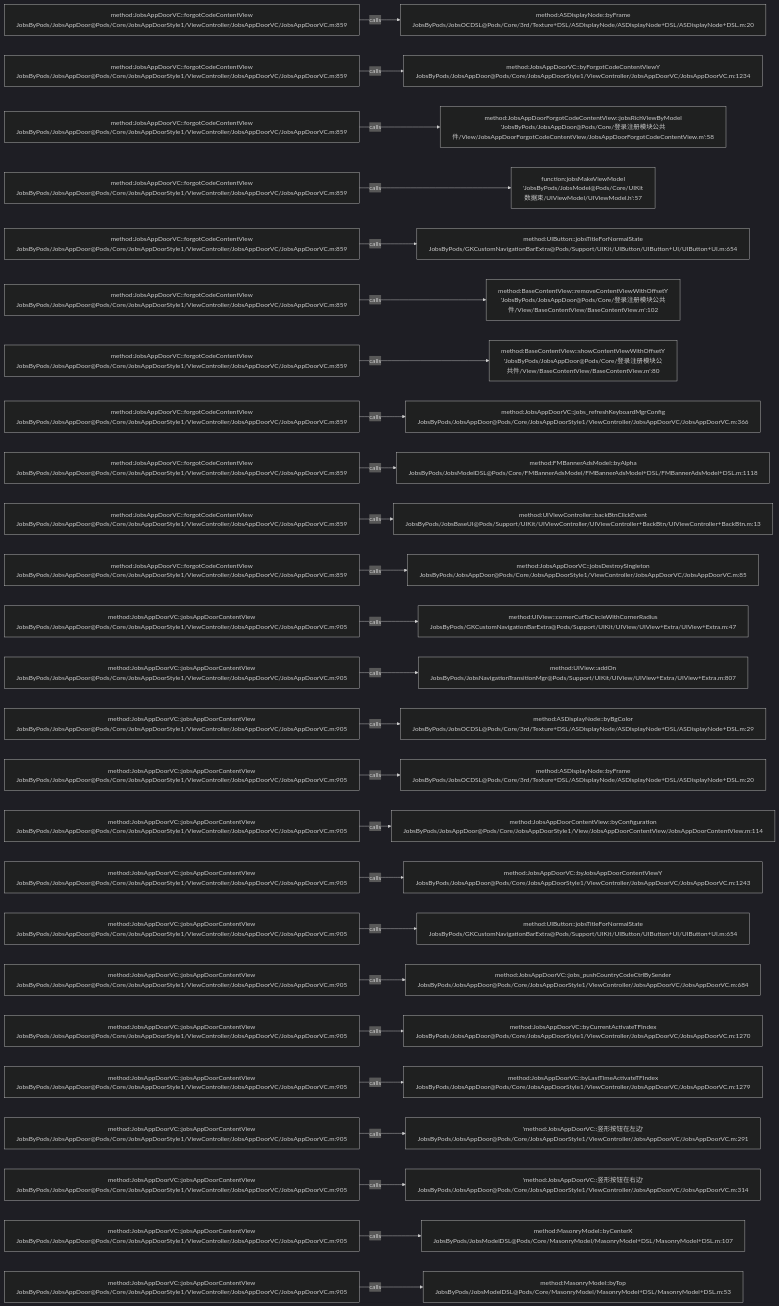
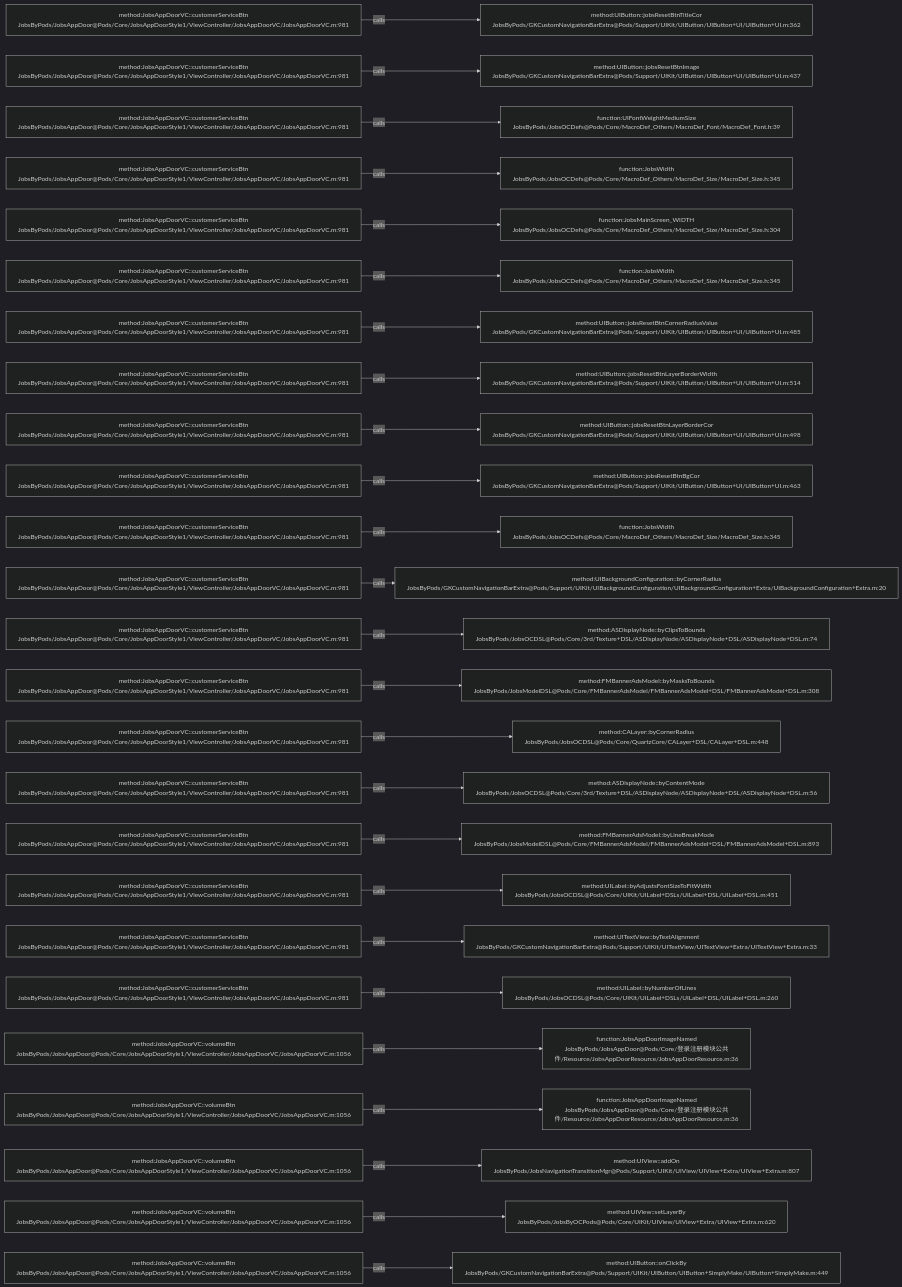
Before and after one commit to JobsKits/JobsOCBaseConfigDemo: the diagram in .codegraph/codegraph.md/graphs/calls-114.md, drawn with Mermaid (dark theme). The commit also changed 223 other files, not shown here.

````diff
--- a/.codegraph/codegraph.md/graphs/calls-114.md
+++ b/.codegraph/codegraph.md/graphs/calls-114.md
@@ -13,78 +13,78 @@
 ```mermaid
 flowchart LR
-  S1["method:JobsAppDoorVC::forgotCodeContentView<br/>JobsByPods/JobsAppDoor@Pods/Core/JobsAppDoorStyle1/ViewController/JobsAppDoorVC/JobsAppDoorVC.m:859"]
-  T1["method:ASDisplayNode::byFrame<br/>JobsByPods/JobsOCDSL@Pods/Core/3rd/Texture+DSL/ASDisplayNode/ASDisplayNode+DSL/ASDisplayNode+DSL.m:20"]
+  S1["method:JobsAppDoorVC::customerServiceBtn<br/>JobsByPods/JobsAppDoor@Pods/Core/JobsAppDoorStyle1/ViewController/JobsAppDoorVC/JobsAppDoorVC.m:981"]
+  T1["method:UIButton::jobsResetBtnTitleCor<br/>JobsByPods/GKCustomNavigationBarExtra@Pods/Support/UIKit/UIButton/UIButton+UI/UIButton+UI.m:362"]
   S1 -->|calls| T1
-  S2["method:JobsAppDoorVC::forgotCodeContentView<br/>JobsByPods/JobsAppDoor@Pods/Core/JobsAppDoorStyle1/ViewController/JobsAppDoorVC/JobsAppDoorVC.m:859"]
-  T2["method:JobsAppDoorVC::byForgotCodeContentViewY<br/>JobsByPods/JobsAppDoor@Pods/Core/JobsAppDoorStyle1/ViewController/JobsAppDoorVC/JobsAppDoorVC.m:1234"]
+  S2["method:JobsAppDoorVC::customerServiceBtn<br/>JobsByPods/JobsAppDoor@Pods/Core/JobsAppDoorStyle1/ViewController/JobsAppDoorVC/JobsAppDoorVC.m:981"]
+  T2["method:UIButton::jobsResetBtnImage<br/>JobsByPods/GKCustomNavigationBarExtra@Pods/Support/UIKit/UIButton/UIButton+UI/UIButton+UI.m:437"]
   S2 -->|calls| T2
-  S3["method:JobsAppDoorVC::forgotCodeContentView<br/>JobsByPods/JobsAppDoor@Pods/Core/JobsAppDoorStyle1/ViewController/JobsAppDoorVC/JobsAppDoorVC.m:859"]
-  T3["method:JobsAppDoorForgotCodeContentView::jobsRichViewByModel<br/>'JobsByPods/JobsAppDoor@Pods/Core/登录注册模块公共件/View/JobsAppDoorForgotCodeContentView/JobsAppDoorForgotCodeContentView.m':58"]
+  S3["method:JobsAppDoorVC::customerServiceBtn<br/>JobsByPods/JobsAppDoor@Pods/Core/JobsAppDoorStyle1/ViewController/JobsAppDoorVC/JobsAppDoorVC.m:981"]
+  T3["function:UIFontWeightMediumSize<br/>JobsByPods/JobsOCDefs@Pods/Core/MacroDef_Others/MacroDef_Font/MacroDef_Font.h:39"]
   S3 -->|calls| T3
-  S4["method:JobsAppDoorVC::forgotCodeContentView<br/>JobsByPods/JobsAppDoor@Pods/Core/JobsAppDoorStyle1/ViewController/JobsAppDoorVC/JobsAppDoorVC.m:859"]
-  T4["function:jobsMakeViewModel<br/>'JobsByPods/JobsModel@Pods/Core/UIKit数据束/UIViewModel/UIViewModel.h':57"]
+  S4["method:JobsAppDoorVC::customerServiceBtn<br/>JobsByPods/JobsAppDoor@Pods/Core/JobsAppDoorStyle1/ViewController/JobsAppDoorVC/JobsAppDoorVC.m:981"]
+  T4["function:JobsWidth<br/>JobsByPods/JobsOCDefs@Pods/Core/MacroDef_Others/MacroDef_Size/MacroDef_Size.h:345"]
   S4 -->|calls| T4
-  S5["method:JobsAppDoorVC::forgotCodeContentView<br/>JobsByPods/JobsAppDoor@Pods/Core/JobsAppDoorStyle1/ViewController/JobsAppDoorVC/JobsAppDoorVC.m:859"]
-  T5["method:UIButton::jobsTitleForNormalState<br/>JobsByPods/GKCustomNavigationBarExtra@Pods/Support/UIKit/UIButton/UIButton+UI/UIButton+UI.m:654"]
+  S5["method:JobsAppDoorVC::customerServiceBtn<br/>JobsByPods/JobsAppDoor@Pods/Core/JobsAppDoorStyle1/ViewController/JobsAppDoorVC/JobsAppDoorVC.m:981"]
+  T5["function:JobsMainScreen_WIDTH<br/>JobsByPods/JobsOCDefs@Pods/Core/MacroDef_Others/MacroDef_Size/MacroDef_Size.h:304"]
   S5 -->|calls| T5
-  S6["method:JobsAppDoorVC::forgotCodeContentView<br/>JobsByPods/JobsAppDoor@Pods/Core/JobsAppDoorStyle1/ViewController/JobsAppDoorVC/JobsAppDoorVC.m:859"]
-  T6["method:BaseContentView::removeContentViewWithOffsetY<br/>'JobsByPods/JobsAppDoor@Pods/Core/登录注册模块公共件/View/BaseContentView/BaseContentView.m':102"]
+  S6["method:JobsAppDoorVC::customerServiceBtn<br/>JobsByPods/JobsAppDoor@Pods/Core/JobsAppDoorStyle1/ViewController/JobsAppDoorVC/JobsAppDoorVC.m:981"]
+  T6["function:JobsWidth<br/>JobsByPods/JobsOCDefs@Pods/Core/MacroDef_Others/MacroDef_Size/MacroDef_Size.h:345"]
   S6 -->|calls| T6
-  S7["method:JobsAppDoorVC::forgotCodeContentView<br/>JobsByPods/JobsAppDoor@Pods/Core/JobsAppDoorStyle1/ViewController/JobsAppDoorVC/JobsAppDoorVC.m:859"]
-  T7["method:BaseContentView::showContentViewWithOffsetY<br/>'JobsByPods/JobsAppDoor@Pods/Core/登录注册模块公共件/View/BaseContentView/BaseContentView.m':80"]
+  S7["method:JobsAppDoorVC::customerServiceBtn<br/>JobsByPods/JobsAppDoor@Pods/Core/JobsAppDoorStyle1/ViewController/JobsAppDoorVC/JobsAppDoorVC.m:981"]
+  T7["method:UIButton::jobsResetBtnCornerRadiusValue<br/>JobsByPods/GKCustomNavigationBarExtra@Pods/Support/UIKit/UIButton/UIButton+UI/UIButton+UI.m:485"]
   S7 -->|calls| T7
-  S8["method:JobsAppDoorVC::forgotCodeContentView<br/>JobsByPods/JobsAppDoor@Pods/Core/JobsAppDoorStyle1/ViewController/JobsAppDoorVC/JobsAppDoorVC.m:859"]
-  T8["method:JobsAppDoorVC::jobs_refreshKeyboardMgrConfig<br/>JobsByPods/JobsAppDoor@Pods/Core/JobsAppDoorStyle1/ViewController/JobsAppDoorVC/JobsAppDoorVC.m:366"]
+  S8["method:JobsAppDoorVC::customerServiceBtn<br/>JobsByPods/JobsAppDoor@Pods/Core/JobsAppDoorStyle1/ViewController/JobsAppDoorVC/JobsAppDoorVC.m:981"]
+  T8["method:UIButton::jobsResetBtnLayerBorderWidth<br/>JobsByPods/GKCustomNavigationBarExtra@Pods/Support/UIKit/UIButton/UIButton+UI/UIButton+UI.m:514"]
   S8 -->|calls| T8
-  S9["method:JobsAppDoorVC::forgotCodeContentView<br/>JobsByPods/JobsAppDoor@Pods/Core/JobsAppDoorStyle1/ViewController/JobsAppDoorVC/JobsAppDoorVC.m:859"]
-  T9["method:FMBannerAdsModel::byAlpha<br/>JobsByPods/JobsModelDSL@Pods/Core/FMBannerAdsModel/FMBannerAdsModel+DSL/FMBannerAdsModel+DSL.m:1118"]
+  S9["method:JobsAppDoorVC::customerServiceBtn<br/>JobsByPods/JobsAppDoor@Pods/Core/JobsAppDoorStyle1/ViewController/JobsAppDoorVC/JobsAppDoorVC.m:981"]
+  T9["method:UIButton::jobsResetBtnLayerBorderCor<br/>JobsByPods/GKCustomNavigationBarExtra@Pods/Support/UIKit/UIButton/UIButton+UI/UIButton+UI.m:498"]
   S9 -->|calls| T9
-  S10["method:JobsAppDoorVC::forgotCodeContentView<br/>JobsByPods/JobsAppDoor@Pods/Core/JobsAppDoorStyle1/ViewController/JobsAppDoorVC/JobsAppDoorVC.m:859"]
-  T10["method:UIViewController::backBtnClickEvent<br/>JobsByPods/JobsBaseUI@Pods/Support/UIKit/UIViewController/UIViewController+BackBtn/UIViewController+BackBtn.m:13"]
+  S10["method:JobsAppDoorVC::customerServiceBtn<br/>JobsByPods/JobsAppDoor@Pods/Core/JobsAppDoorStyle1/ViewController/JobsAppDoorVC/JobsAppDoorVC.m:981"]
+  T10["method:UIButton::jobsResetBtnBgCor<br/>JobsByPods/GKCustomNavigationBarExtra@Pods/Support/UIKit/UIButton/UIButton+UI/UIButton+UI.m:463"]
   S10 -->|calls| T10
-  S11["method:JobsAppDoorVC::forgotCodeContentView<br/>JobsByPods/JobsAppDoor@Pods/Core/JobsAppDoorStyle1/ViewController/JobsAppDoorVC/JobsAppDoorVC.m:859"]
-  T11["method:JobsAppDoorVC::jobsDestroySingleton<br/>JobsByPods/JobsAppDoor@Pods/Core/JobsAppDoorStyle1/ViewController/JobsAppDoorVC/JobsAppDoorVC.m:85"]
+  S11["method:JobsAppDoorVC::customerServiceBtn<br/>JobsByPods/JobsAppDoor@Pods/Core/JobsAppDoorStyle1/ViewController/JobsAppDoorVC/JobsAppDoorVC.m:981"]
+  T11["function:JobsWidth<br/>JobsByPods/JobsOCDefs@Pods/Core/MacroDef_Others/MacroDef_Size/MacroDef_Size.h:345"]
   S11 -->|calls| T11
-  S12["method:JobsAppDoorVC::jobsAppDoorContentView<br/>JobsByPods/JobsAppDoor@Pods/Core/JobsAppDoorStyle1/ViewController/JobsAppDoorVC/JobsAppDoorVC.m:905"]
-  T12["method:UIView::cornerCutToCircleWithCornerRadius<br/>JobsByPods/GKCustomNavigationBarExtra@Pods/Support/UIKit/UIView/UIView+Extra/UIView+Extra.m:47"]
+  S12["method:JobsAppDoorVC::customerServiceBtn<br/>JobsByPods/JobsAppDoor@Pods/Core/JobsAppDoorStyle1/ViewController/JobsAppDoorVC/JobsAppDoorVC.m:981"]
+  T12["method:UIBackgroundConfiguration::byCornerRadius<br/>JobsByPods/GKCustomNavigationBarExtra@Pods/Support/UIKit/UIBackgroundConfiguration/UIBackgroundConfiguration+Extra/UIBackgroundConfiguration+Extra.m:20"]
   S12 -->|calls| T12
-  S13["method:JobsAppDoorVC::jobsAppDoorContentView<br/>JobsByPods/JobsAppDoor@Pods/Core/JobsAppDoorStyle1/ViewController/JobsAppDoorVC/JobsAppDoorVC.m:905"]
-  T13["method:UIView::addOn<br/>JobsByPods/JobsNavigationTransitionMgr@Pods/Support/UIKit/UIView/UIView+Extra/UIView+Extra.m:807"]
+  S13["method:JobsAppDoorVC::customerServiceBtn<br/>JobsByPods/JobsAppDoor@Pods/Core/JobsAppDoorStyle1/ViewController/JobsAppDoorVC/JobsAppDoorVC.m:981"]
+  T13["method:ASDisplayNode::byClipsToBounds<br/>JobsByPods/JobsOCDSL@Pods/Core/3rd/Texture+DSL/ASDisplayNode/ASDisplayNode+DSL/ASDisplayNode+DSL.m:74"]
   S13 -->|calls| T13
-  S14["method:JobsAppDoorVC::jobsAppDoorContentView<br/>JobsByPods/JobsAppDoor@Pods/Core/JobsAppDoorStyle1/ViewController/JobsAppDoorVC/JobsAppDoorVC.m:905"]
-  T14["method:ASDisplayNode::byBgColor<br/>JobsByPods/JobsOCDSL@Pods/Core/3rd/Texture+DSL/ASDisplayNode/ASDisplayNode+DSL/ASDisplayNode+DSL.m:29"]
+  S14["method:JobsAppDoorVC::customerServiceBtn<br/>JobsByPods/JobsAppDoor@Pods/Core/JobsAppDoorStyle1/ViewController/JobsAppDoorVC/JobsAppDoorVC.m:981"]
+  T14["method:FMBannerAdsModel::byMasksToBounds<br/>JobsByPods/JobsModelDSL@Pods/Core/FMBannerAdsModel/FMBannerAdsModel+DSL/FMBannerAdsModel+DSL.m:308"]
   S14 -->|calls| T14
-  S15["method:JobsAppDoorVC::jobsAppDoorContentView<br/>JobsByPods/JobsAppDoor@Pods/Core/JobsAppDoorStyle1/ViewController/JobsAppDoorVC/JobsAppDoorVC.m:905"]
-  T15["method:ASDisplayNode::byFrame<br/>JobsByPods/JobsOCDSL@Pods/Core/3rd/Texture+DSL/ASDisplayNode/ASDisplayNode+DSL/ASDisplayNode+DSL.m:20"]
+  S15["method:JobsAppDoorVC::customerServiceBtn<br/>JobsByPods/JobsAppDoor@Pods/Core/JobsAppDoorStyle1/ViewController/JobsAppDoorVC/JobsAppDoorVC.m:981"]
+  T15["method:CALayer::byCornerRadius<br/>JobsByPods/JobsOCDSL@Pods/Core/QuartzCore/CALayer+DSL/CALayer+DSL.m:448"]
   S15 -->|calls| T15
-  S16["method:JobsAppDoorVC::jobsAppDoorContentView<br/>JobsByPods/JobsAppDoor@Pods/Core/JobsAppDoorStyle1/ViewController/JobsAppDoorVC/JobsAppDoorVC.m:905"]
-  T16["method:JobsAppDoorContentView::byConfiguration<br/>JobsByPods/JobsAppDoor@Pods/Core/JobsAppDoorStyle1/View/JobsAppDoorContentView/JobsAppDoorContentView.m:114"]
+  S16["method:JobsAppDoorVC::customerServiceBtn<br/>JobsByPods/JobsAppDoor@Pods/Core/JobsAppDoorStyle1/ViewController/JobsAppDoorVC/JobsAppDoorVC.m:981"]
+  T16["method:ASDisplayNode::byContentMode<br/>JobsByPods/JobsOCDSL@Pods/Core/3rd/Texture+DSL/ASDisplayNode/ASDisplayNode+DSL/ASDisplayNode+DSL.m:56"]
   S16 -->|calls| T16
-  S17["method:JobsAppDoorVC::jobsAppDoorContentView<br/>JobsByPods/JobsAppDoor@Pods/Core/JobsAppDoorStyle1/ViewController/JobsAppDoorVC/JobsAppDoorVC.m:905"]
-  T17["method:JobsAppDoorVC::byJobsAppDoorContentViewY<br/>JobsByPods/JobsAppDoor@Pods/Core/JobsAppDoorStyle1/ViewController/JobsAppDoorVC/JobsAppDoorVC.m:1243"]
+  S17["method:JobsAppDoorVC::customerServiceBtn<br/>JobsByPods/JobsAppDoor@Pods/Core/JobsAppDoorStyle1/ViewController/JobsAppDoorVC/JobsAppDoorVC.m:981"]
+  T17["method:FMBannerAdsModel::byLineBreakMode<br/>JobsByPods/JobsModelDSL@Pods/Core/FMBannerAdsModel/FMBannerAdsModel+DSL/FMBannerAdsModel+DSL.m:893"]
   S17 -->|calls| T17
-  S18["method:JobsAppDoorVC::jobsAppDoorContentView<br/>JobsByPods/JobsAppDoor@Pods/Core/JobsAppDoorStyle1/ViewController/JobsAppDoorVC/JobsAppDoorVC.m:905"]
-  T18["method:UIButton::jobsTitleForNormalState<br/>JobsByPods/GKCustomNavigationBarExtra@Pods/Support/UIKit/UIButton/UIButton+UI/UIButton+UI.m:654"]
+  S18["method:JobsAppDoorVC::customerServiceBtn<br/>JobsByPods/JobsAppDoor@Pods/Core/JobsAppDoorStyle1/ViewController/JobsAppDoorVC/JobsAppDoorVC.m:981"]
+  T18["method:UILabel::byAdjustsFontSizeToFitWidth<br/>JobsByPods/JobsOCDSL@Pods/Core/UIKit/UILabel+DSLs/UILabel+DSL/UILabel+DSL.m:451"]
   S18 -->|calls| T18
-  S19["method:JobsAppDoorVC::jobsAppDoorContentView<br/>JobsByPods/JobsAppDoor@Pods/Core/JobsAppDoorStyle1/ViewController/JobsAppDoorVC/JobsAppDoorVC.m:905"]
-  T19["method:JobsAppDoorVC::jobs_pushCountryCodeCtrlBySender<br/>JobsByPods/JobsAppDoor@Pods/Core/JobsAppDoorStyle1/ViewController/JobsAppDoorVC/JobsAppDoorVC.m:684"]
+  S19["method:JobsAppDoorVC::customerServiceBtn<br/>JobsByPods/JobsAppDoor@Pods/Core/JobsAppDoorStyle1/ViewController/JobsAppDoorVC/JobsAppDoorVC.m:981"]
+  T19["method:UITextView::byTextAlignment<br/>JobsByPods/GKCustomNavigationBarExtra@Pods/Support/UIKit/UITextView/UITextView+Extra/UITextView+Extra.m:33"]
   S19 -->|calls| T19
-  S20["method:JobsAppDoorVC::jobsAppDoorContentView<br/>JobsByPods/JobsAppDoor@Pods/Core/JobsAppDoorStyle1/ViewController/JobsAppDoorVC/JobsAppDoorVC.m:905"]
-  T20["method:JobsAppDoorVC::byCurrentActivateTFIndex<br/>JobsByPods/JobsAppDoor@Pods/Core/JobsAppDoorStyle1/ViewController/JobsAppDoorVC/JobsAppDoorVC.m:1270"]
+  S20["method:JobsAppDoorVC::customerServiceBtn<br/>JobsByPods/JobsAppDoor@Pods/Core/JobsAppDoorStyle1/ViewController/JobsAppDoorVC/JobsAppDoorVC.m:981"]
+  T20["method:UILabel::byNumberOfLines<br/>JobsByPods/JobsOCDSL@Pods/Core/UIKit/UILabel+DSLs/UILabel+DSL/UILabel+DSL.m:260"]
   S20 -->|calls| T20
-  S21["method:JobsAppDoorVC::jobsAppDoorContentView<br/>JobsByPods/JobsAppDoor@Pods/Core/JobsAppDoorStyle1/ViewController/JobsAppDoorVC/JobsAppDoorVC.m:905"]
-  T21["method:JobsAppDoorVC::byLastTimeActivateTFIndex<br/>JobsByPods/JobsAppDoor@Pods/Core/JobsAppDoorStyle1/ViewController/JobsAppDoorVC/JobsAppDoorVC.m:1279"]
+  S21["method:JobsAppDoorVC::volumeBtn<br/>JobsByPods/JobsAppDoor@Pods/Core/JobsAppDoorStyle1/ViewController/JobsAppDoorVC/JobsAppDoorVC.m:1056"]
+  T21["function:JobsAppDoorImageNamed<br/>JobsByPods/JobsAppDoor@Pods/Core/登录注册模块公共件/Resource/JobsAppDoorResource/JobsAppDoorResource.m:36"]
   S21 -->|calls| T21
-  S22["method:JobsAppDoorVC::jobsAppDoorContentView<br/>JobsByPods/JobsAppDoor@Pods/Core/JobsAppDoorStyle1/ViewController/JobsAppDoorVC/JobsAppDoorVC.m:905"]
-  T22["'method:JobsAppDoorVC::竖形按钮在左边'<br/>JobsByPods/JobsAppDoor@Pods/Core/JobsAppDoorStyle1/ViewController/JobsAppDoorVC/JobsAppDoorVC.m:291"]
+  S22["method:JobsAppDoorVC::volumeBtn<br/>JobsByPods/JobsAppDoor@Pods/Core/JobsAppDoorStyle1/ViewController/JobsAppDoorVC/JobsAppDoorVC.m:1056"]
+  T22["function:JobsAppDoorImageNamed<br/>JobsByPods/JobsAppDoor@Pods/Core/登录注册模块公共件/Resource/JobsAppDoorResource/JobsAppDoorResource.m:36"]
   S22 -->|calls| T22
-  S23["method:JobsAppDoorVC::jobsAppDoorContentView<br/>JobsByPods/JobsAppDoor@Pods/Core/JobsAppDoorStyle1/ViewController/JobsAppDoorVC/JobsAppDoorVC.m:905"]
-  T23["'method:JobsAppDoorVC::竖形按钮在右边'<br/>JobsByPods/JobsAppDoor@Pods/Core/JobsAppDoorStyle1/ViewController/JobsAppDoorVC/JobsAppDoorVC.m:314"]
+  S23["method:JobsAppDoorVC::volumeBtn<br/>JobsByPods/JobsAppDoor@Pods/Core/JobsAppDoorStyle1/ViewController/JobsAppDoorVC/JobsAppDoorVC.m:1056"]
+  T23["method:UIView::addOn<br/>JobsByPods/JobsNavigationTransitionMgr@Pods/Support/UIKit/UIView/UIView+Extra/UIView+Extra.m:807"]
   S23 -->|calls| T23
-  S24["method:JobsAppDoorVC::jobsAppDoorContentView<br/>JobsByPods/JobsAppDoor@Pods/Core/JobsAppDoorStyle1/ViewController/JobsAppDoorVC/JobsAppDoorVC.m:905"]
-  T24["method:MasonryModel::byCenterX<br/>JobsByPods/JobsModelDSL@Pods/Core/MasonryModel/MasonryModel+DSL/MasonryModel+DSL.m:107"]
+  S24["method:JobsAppDoorVC::volumeBtn<br/>JobsByPods/JobsAppDoor@Pods/Core/JobsAppDoorStyle1/ViewController/JobsAppDoorVC/JobsAppDoorVC.m:1056"]
+  T24["method:UIView::setLayerBy<br/>JobsByPods/JobsByOCPods@Pods/Core/UIKit/UIView/UIView+Extra/UIView+Extra.m:620"]
   S24 -->|calls| T24
-  S25["method:JobsAppDoorVC::jobsAppDoorContentView<br/>JobsByPods/JobsAppDoor@Pods/Core/JobsAppDoorStyle1/ViewController/JobsAppDoorVC/JobsAppDoorVC.m:905"]
-  T25["method:MasonryModel::byTop<br/>JobsByPods/JobsModelDSL@Pods/Core/MasonryModel/MasonryModel+DSL/MasonryModel+DSL.m:53"]
+  S25["method:JobsAppDoorVC::volumeBtn<br/>JobsByPods/JobsAppDoor@Pods/Core/JobsAppDoorStyle1/ViewController/JobsAppDoorVC/JobsAppDoorVC.m:1056"]
+  T25["method:UIButton::onClickBy<br/>JobsByPods/GKCustomNavigationBarExtra@Pods/Support/UIKit/UIButton/UIButton+SimplyMake/UIButton+SimplyMake.m:449"]
   S25 -->|calls| T25
 ```
````
